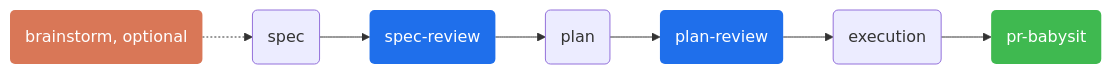
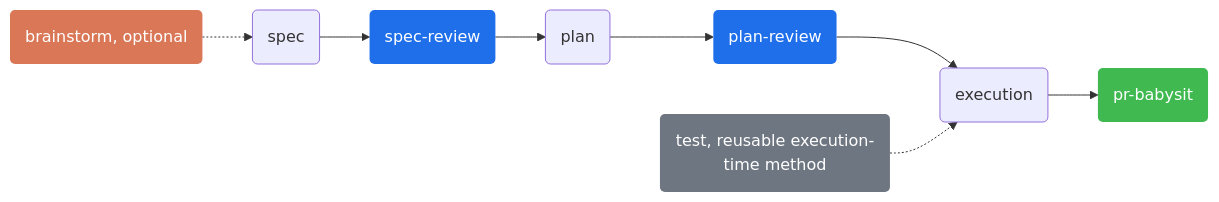
One commit to Falconiere/toolu changed the first of 2 diagrams in README.md. Above: the diagram before and after it, drawn with Mermaid. The commit also changed other lines of this file and 5 other files, not shown here.

````diff
--- a/README.md
+++ b/README.md
@@ -198,8 +198,10 @@
 ```mermaid
 flowchart LR
     B(brainstorm, optional) -.-> S(spec) --> SR(spec-review) --> P(plan) --> PR(plan-review) --> E(execution) --> PB(pr-babysit)
+    T(test, reusable execution-time method) -.-> E
     style B fill:#d97757,color:#fff,stroke:none
+    style T fill:#6e7681,color:#fff,stroke:none
     style PB fill:#3fb950,color:#fff,stroke:none
     style SR fill:#1f6feb,color:#fff,stroke:none
     style PR fill:#1f6feb,color:#fff,stroke:none
 ```
````
